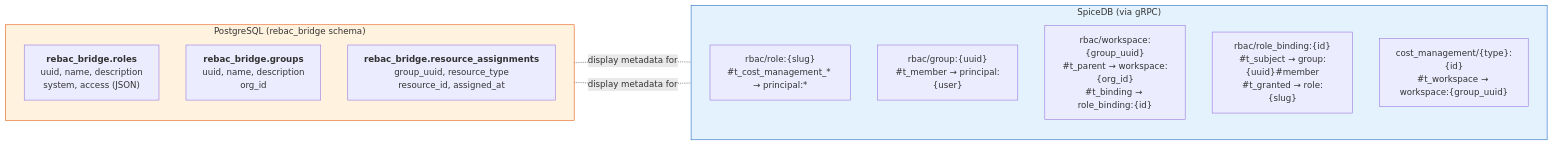
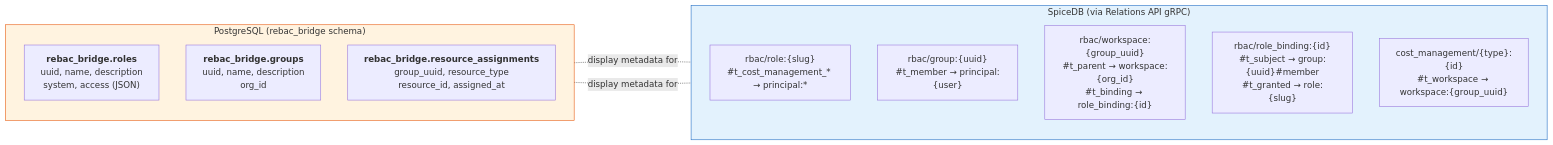
Before and after one commit to project-koku/koku: the third of 11 diagrams in docs/architecture/kessel-integration/rebac-bridge-design.md, drawn with Mermaid. The commit also changed other lines of this file and 1 other file, not shown here.

````diff
--- a/docs/architecture/kessel-integration/rebac-bridge-design.md
+++ b/docs/architecture/kessel-integration/rebac-bridge-design.md
@@ -514,24 +514,24 @@
 ```mermaid
 flowchart LR
     subgraph pg ["PostgreSQL (rebac_bridge schema)"]
         direction TB
         Roles["<b>rebac_bridge.roles</b><br/>uuid, name, description<br/>system, access (JSON)"]
         Groups["<b>rebac_bridge.groups</b><br/>uuid, name, description<br/>org_id"]
         Assignments["<b>rebac_bridge.resource_assignments</b><br/>group_uuid, resource_type<br/>resource_id, assigned_at"]
     end
 
-    subgraph spice ["SpiceDB (via gRPC)"]
+    subgraph spice ["SpiceDB (via Relations API gRPC)"]
         direction TB
         Role["rbac/role:{slug}<br/>#t_cost_management_* → principal:*"]
         Group["rbac/group:{uuid}<br/>#t_member → principal:{user}"]
         Workspace["rbac/workspace:{group_uuid}<br/>#t_parent → workspace:{org_id}<br/>#t_binding → role_binding:{id}"]
         Binding["rbac/role_binding:{id}<br/>#t_subject → group:{uuid}#member<br/>#t_granted → role:{slug}"]
         Resource["cost_management/{type}:{id}<br/>#t_workspace → workspace:{group_uuid}"]
     end
 
     Roles -.-|"display metadata for"| Role
     Groups -.-|"display metadata for"| Group
 
     style pg fill:#fff3e0,stroke:#e65100
     style spice fill:#e3f2fd,stroke:#1565c0
 ```
````
